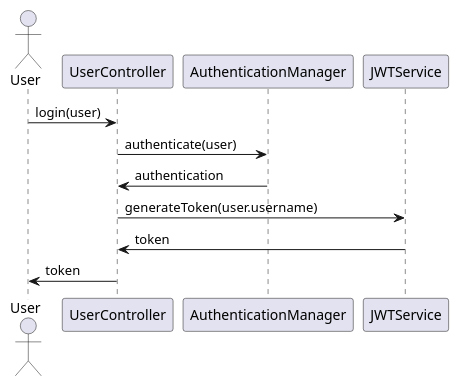
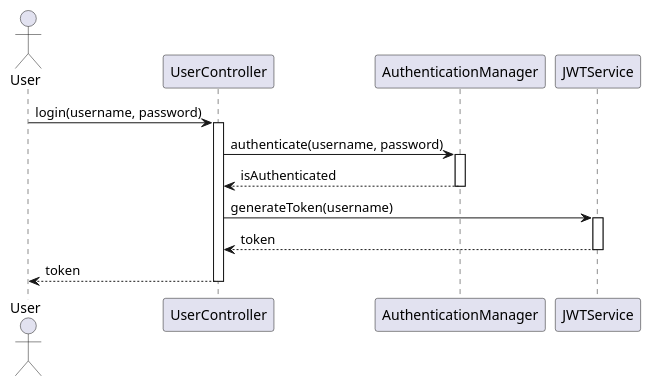
Before and after one commit to Dinesh-s95/AutoDoc.ai: the second of 5 diagrams in identityprovider/documentation/detaileddesign.adoc, drawn with PlantUML. The commit also changed other lines of this file and 4 other files, not shown here.

```diff
--- a/identityprovider/documentation/detaileddesign.adoc
+++ b/identityprovider/documentation/detaileddesign.adoc
@@ -281,16 +179,22 @@
-[source,plantuml]
+[plantuml, authentication-sequence, png]
 ----
 @startuml
-actor "User" as user
-participant "UserController" as controller
-participant "AuthenticationManager" as authManager
-participant "JWTService" as jwtService
+actor "User" as U
+participant "UserController" as UC
+participant "AuthenticationManager" as AM
+participant "JWTService" as JS
 
-user -> controller : login(user)
-controller -> authManager : authenticate(user)
-authManager -> controller : authentication
-controller -> jwtService : generateToken(user.username)
-jwtService -> controller : token
-controller -> user : token
+U -> UC : login(username, password)
+activate UC
+UC -> AM : authenticate(username, password)
+activate AM
+AM --> UC : isAuthenticated
+deactivate AM
+UC -> JS : generateToken(username)
+activate JS
+JS --> UC : token
+deactivate JS
+UC --> U : token
+deactivate UC
 @enduml
 ----
```
